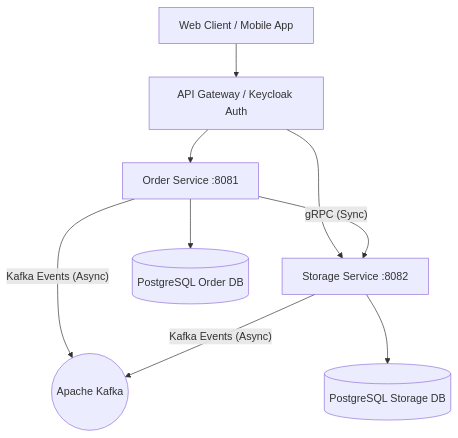
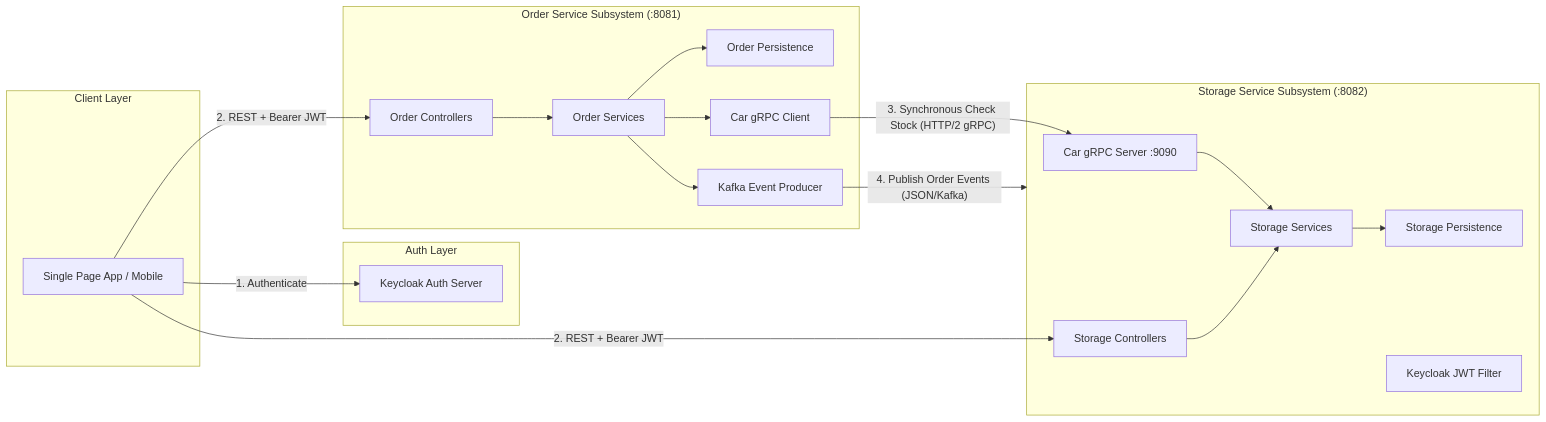
The second of 2 diagrams in README.md (ArtemWhite/Car-service), drawn with Mermaid before and after one commit. The commit also changed other lines of this file, not shown here.

````diff
--- a/README.md
+++ b/README.md
@@ -29,13 +162,30 @@
 ```mermaid
-graph TD
-    Client[Web Client / Mobile App] --> Gateway[API Gateway / Keycloak Auth]
-    Gateway --> OrderService[Order Service :8081]
-    Gateway --> StorageService[Storage Service :8082]
-    
-    OrderService -- "gRPC (Sync)" --> StorageService
-    OrderService -- "Kafka Events (Async)" --> Kafka((Apache Kafka))
-    StorageService -- "Kafka Events (Async)" --> Kafka
-    
-    OrderService --> DB1[(PostgreSQL Order DB)]
-    StorageService --> DB2[(PostgreSQL Storage DB)]
+flowchart LR
+    subgraph ClientLayer ["Client Layer"]
+        UI[Single Page App / Mobile]
+    end
+
+    subgraph AuthLayer ["Auth Layer"]
+        KC[Keycloak Auth Server]
+    end
+
+    subgraph OrderSubsystem ["Order Service Subsystem (:8081)"]
+        OC[Order Controllers] --> OS[Order Services]
+        OS --> OR[Order Persistence]
+        OS --> GC[Car gRPC Client]
+        OS --> KP[Kafka Event Producer]
+    end
+
+    subgraph StorageSubsystem ["Storage Service Subsystem (:8082)"]
+        GS[Car gRPC Server :9090] --> SS[Storage Services]
+        SC[Storage Controllers] --> SS
+        SS --> SR[Storage Persistence]
+        KC_SUB[Keycloak JWT Filter]
+    end
+
+    UI -- "1. Authenticate" --> KC
+    UI -- "2. REST + Bearer JWT" --> OC
+    UI -- "2. REST + Bearer JWT" --> SC
+    GC -- "3. Synchronous Check Stock (HTTP/2 gRPC)" --> GS
+    KP -- "4. Publish Order Events (JSON/Kafka)" --> StorageSubsystem
 ```
````
